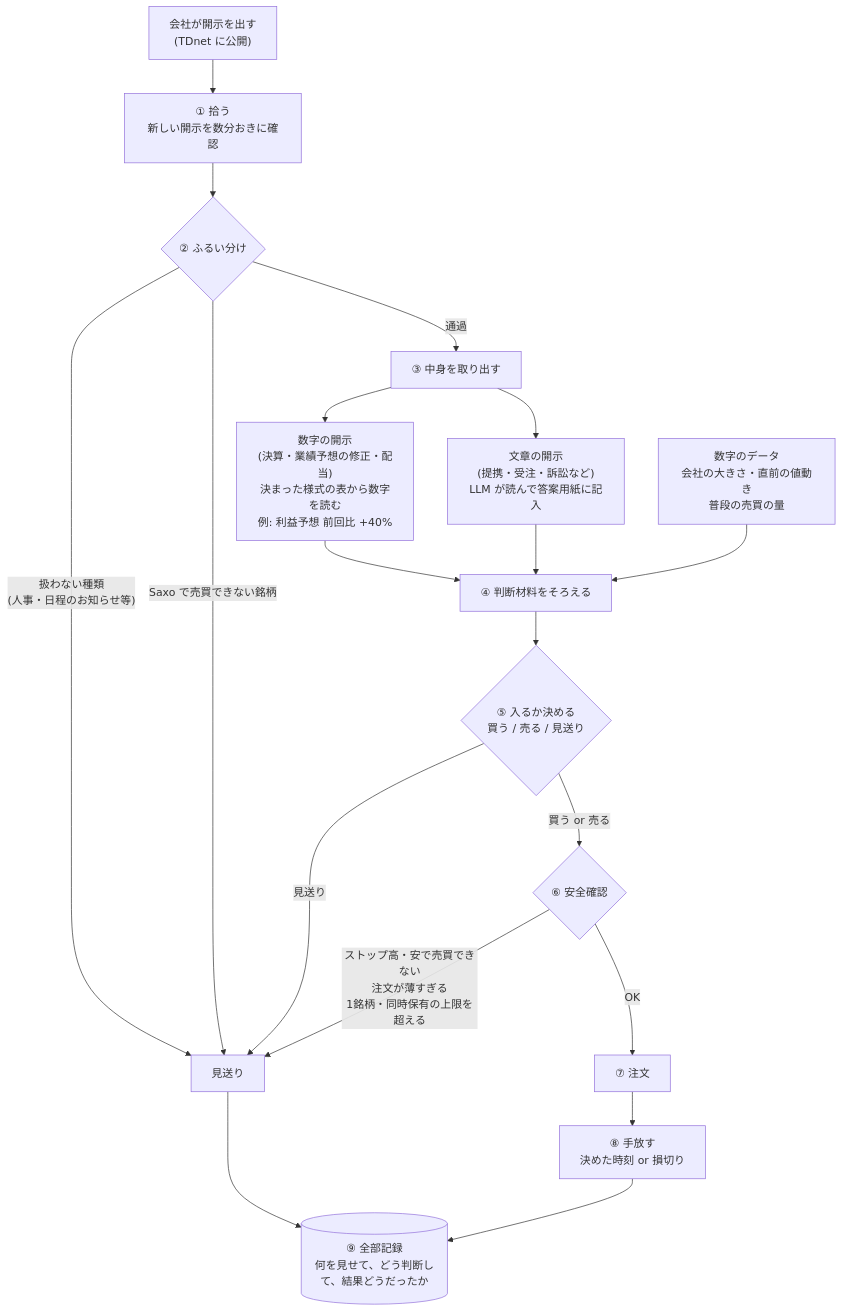
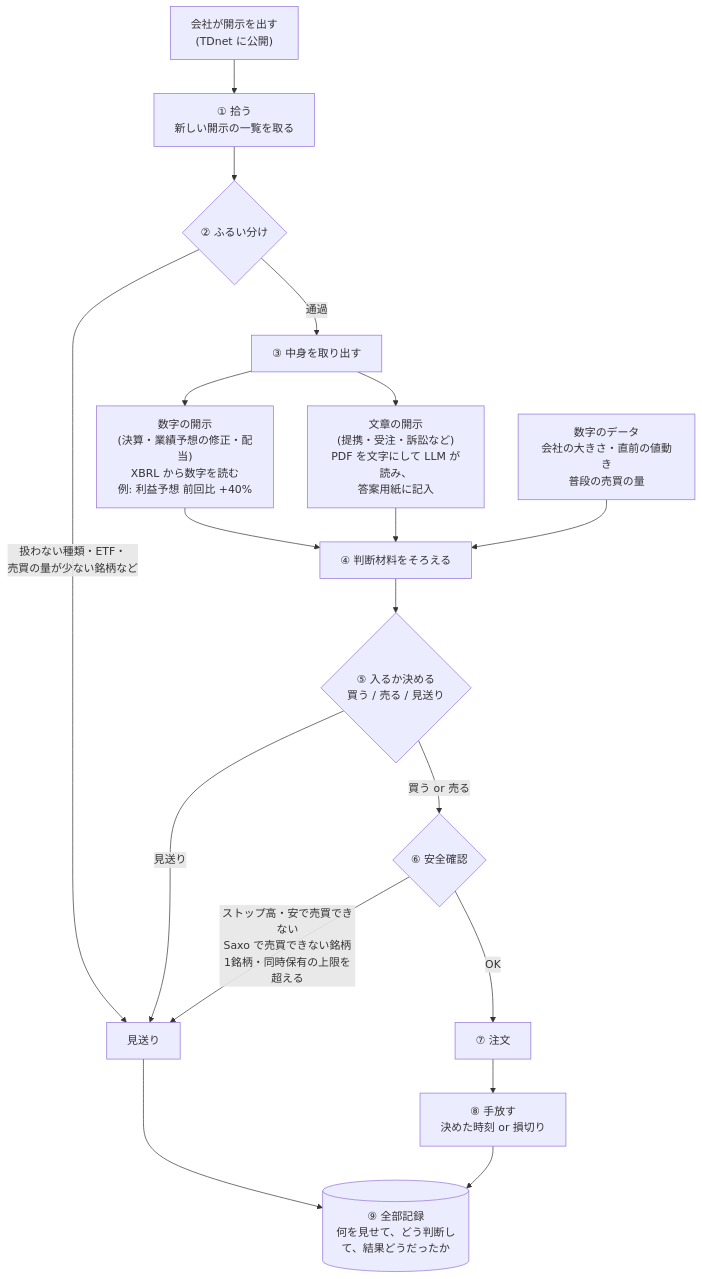
Before and after one commit to hirosyrup/alchemy-stock: the first of 3 diagrams in docs/PLAN.md, drawn with Mermaid. The commit also changed other lines of this file, not shown here.

````diff
--- a/docs/PLAN.md
+++ b/docs/PLAN.md
@@ -21,25 +22,24 @@
 ```mermaid
 flowchart TD
-    A["会社が開示を出す<br/>(TDnet に公開)"] --> B["① 拾う<br/>新しい開示を数分おきに確認"]
+    A["会社が開示を出す<br/>(TDnet に公開)"] --> B["① 拾う<br/>新しい開示の一覧を取る"]
     B --> C{"② ふるい分け"}
-    C -- "扱わない種類<br/>(人事・日程のお知らせ等)" --> X["見送り"]
-    C -- "Saxo で売買できない銘柄" --> X
+    C -- "扱わない種類・ETF・<br/>売買の量が少ない銘柄など" --> X["見送り"]
     C -- "通過" --> D["③ 中身を取り出す"]
 
-    D --> D1["数字の開示<br/>(決算・業績予想の修正・配当)<br/>決まった様式の表から数字を読む<br/>例: 利益予想 前回比 +40%"]
-    D --> D2["文章の開示<br/>(提携・受注・訴訟など)<br/>LLM が読んで答案用紙に記入"]
+    D --> D1["数字の開示<br/>(決算・業績予想の修正・配当)<br/>XBRL から数字を読む<br/>例: 利益予想 前回比 +40%"]
+    D --> D2["文章の開示<br/>(提携・受注・訴訟など)<br/>PDF を文字にして LLM が読み、<br/>答案用紙に記入"]
 
     D1 --> E["④ 判断材料をそろえる"]
     D2 --> E
     F["数字のデータ<br/>会社の大きさ・直前の値動き<br/>普段の売買の量"] --> E
 
     E --> G{"⑤ 入るか決める<br/>買う / 売る / 見送り"}
     G -- "見送り" --> X
     G -- "買う or 売る" --> H{"⑥ 安全確認"}
-    H -- "ストップ高・安で売買できない<br/>注文が薄すぎる<br/>1銘柄・同時保有の上限を超える" --> X
+    H -- "ストップ高・安で売買できない<br/>Saxo で売買できない銘柄<br/>1銘柄・同時保有の上限を超える" --> X
     H -- "OK" --> I["⑦ 注文"]
     I --> J["⑧ 手放す<br/>決めた時刻 or 損切り"]
 
     X --> K[("⑨ 全部記録<br/>何を見せて、どう判断して、結果どうだったか")]
     J --> K
 ```
````
